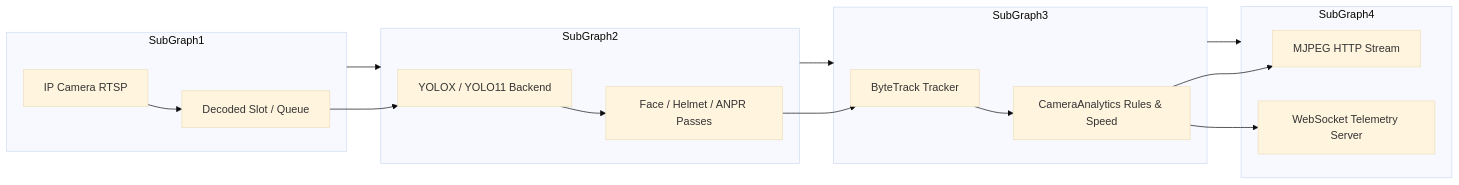
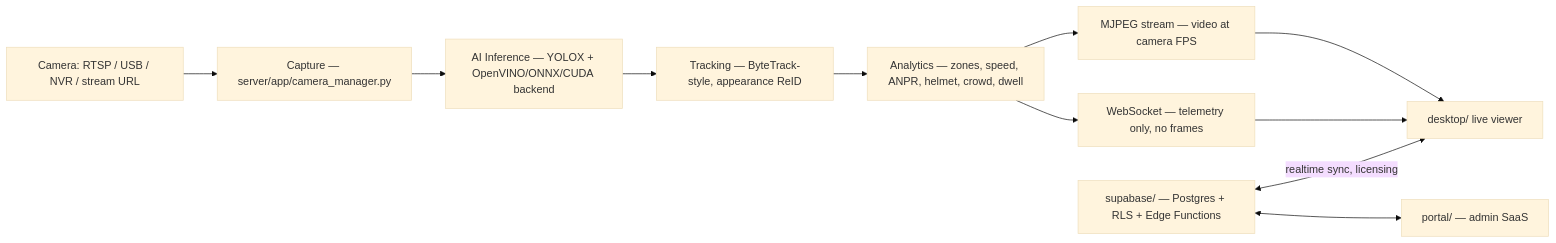
One commit to sutharprin098/visionguarda changed the diagram in README.md. Above: the diagram before and after it, drawn with Mermaid (base theme). The commit also changed other lines of this file and 44 other files, not shown here.

````diff
--- a/README.md
+++ b/README.md
@@ -122,25 +59,13 @@
 ```mermaid
 graph LR
-    SubGraph1[Capture & Decode] --> SubGraph2[AI Inference Engine]
-    SubGraph2 --> SubGraph3[Tracking & Analytics]
-    SubGraph3 --> SubGraph4[Streaming & Telemetry]
-
-    subgraph SubGraph1
-        A[IP Camera RTSP] --> B[Decoded Slot / Queue]
-    end
-
-    subgraph SubGraph2
-        B --> C[YOLOX / YOLO11 Backend]
-        C --> D[Face / Helmet / ANPR Passes]
-    end
-
-    subgraph SubGraph3
-        D --> E[ByteTrack Tracker]
-        E --> F[CameraAnalytics Rules & Speed]
-    end
-
-    subgraph SubGraph4
-        F --> G[MJPEG HTTP Stream]
-        F --> H[WebSocket Telemetry Server]
-    end
+    A[Camera: RTSP / USB / NVR / stream URL] --> B[Capture — server/app/camera_manager.py]
+    B --> C[AI Inference — YOLOX + OpenVINO/ONNX/CUDA backend]
+    C --> D[Tracking — ByteTrack-style, appearance ReID]
+    D --> E[Analytics — zones, speed, ANPR, helmet, crowd, dwell]
+    E --> F[MJPEG stream — video at camera FPS]
+    E --> G[WebSocket — telemetry only, no frames]
+    F --> H[desktop/ live viewer]
+    G --> H
+    I[supabase/ — Postgres + RLS + Edge Functions] <-->|realtime sync, licensing| H
+    I <--> J[portal/ — admin SaaS]
 ```
````
